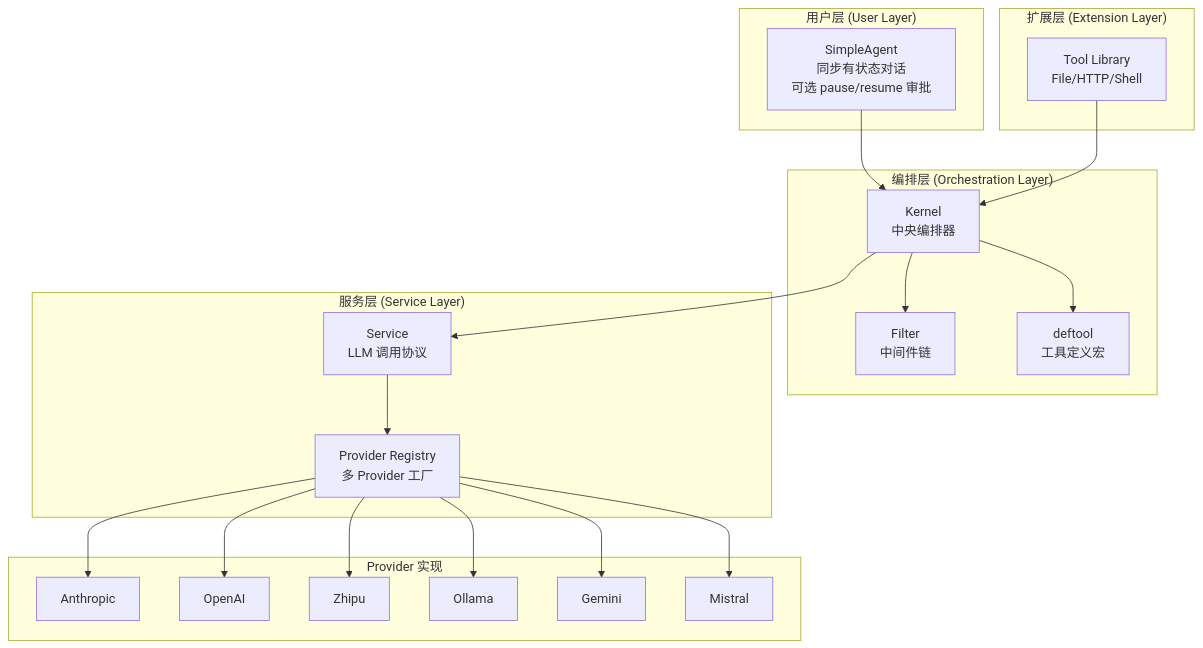
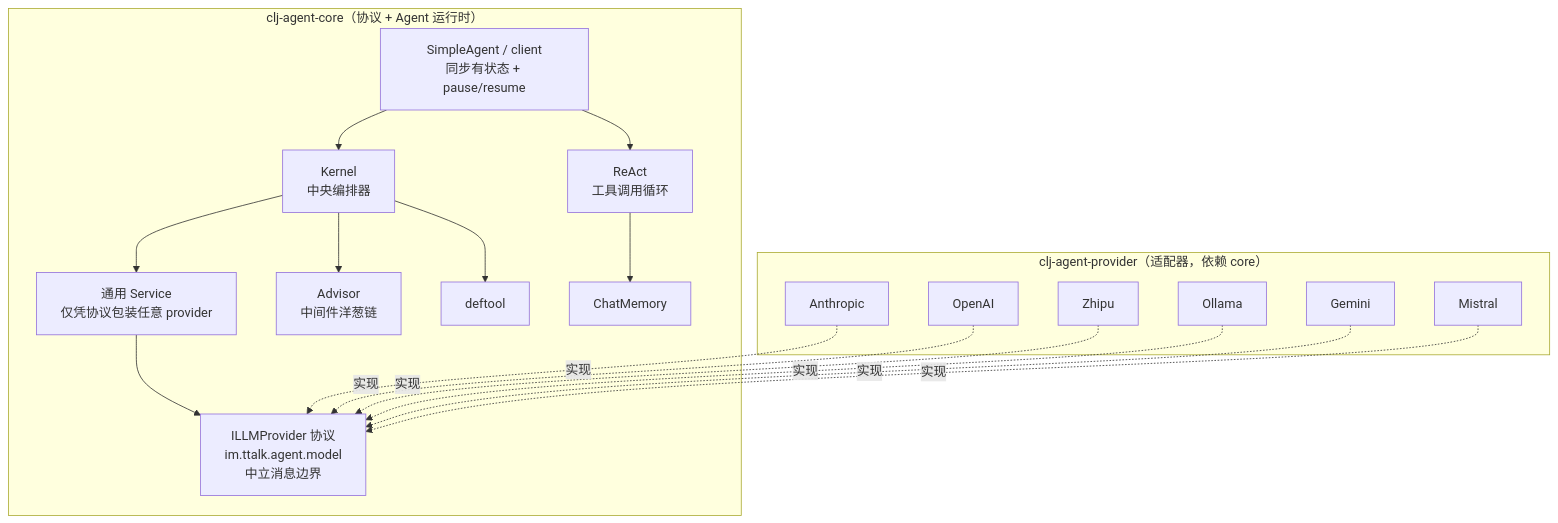
The first of 2 diagrams in README.md (TTalkPro/clj-agent), drawn with Mermaid before and after one commit. The commit also changed other lines of this file and 12 other files, not shown here.

````diff
--- a/README.md
+++ b/README.md
@@ -42,38 +44,31 @@
 ```mermaid
 graph TB
-    subgraph "用户层 (User Layer)"
-        SA[SimpleAgent<br/>同步有状态对话<br/>可选 pause/resume 审批]
+    subgraph "clj-agent-core（协议 + Agent 运行时）"
+        PROTO[ILLMProvider 协议<br/>im.ttalk.agent.model<br/>中立消息边界]
+        SV[通用 Service<br/>仅凭协议包装任意 provider]
+        SA[SimpleAgent / client<br/>同步有状态 + pause/resume]
+        K[Kernel<br/>中央编排器]
+        RE[ReAct<br/>工具调用循环]
+        AD[Advisor<br/>中间件洋葱链]
+        T[deftool]
+        ME[ChatMemory]
     end
 
-    subgraph "编排层 (Orchestration Layer)"
-        K[Kernel<br/>中央编排器]
-        F[Filter<br/>中间件链]
-        T[deftool<br/>工具定义宏]
-    end
-
-    subgraph "服务层 (Service Layer)"
-        S[Service<br/>LLM 调用协议]
-        PR[Provider Registry<br/>多 Provider 工厂]
-    end
-
-    subgraph "Provider 实现"
+    subgraph "clj-agent-provider（适配器，依赖 core）"
         AN[Anthropic]
         OA[OpenAI]
         ZP[Zhipu]
         OL[Ollama]
         GM[Gemini]
         MS[Mistral]
     end
 
-    subgraph "扩展层 (Extension Layer)"
-        PLG[Tool Library<br/>File/HTTP/Shell]
-    end
-
     SA --> K
+    SA --> RE
     K --> T
-    K --> F
-    K --> S
-    S --> PR
-    PR --> AN & OA & ZP & OL & GM & MS
-    PLG --> K
+    K --> AD
+    K --> SV
+    RE --> ME
+    SV --> PROTO
+    AN & OA & ZP & OL & GM & MS -. 实现 .-> PROTO
 ```
````
